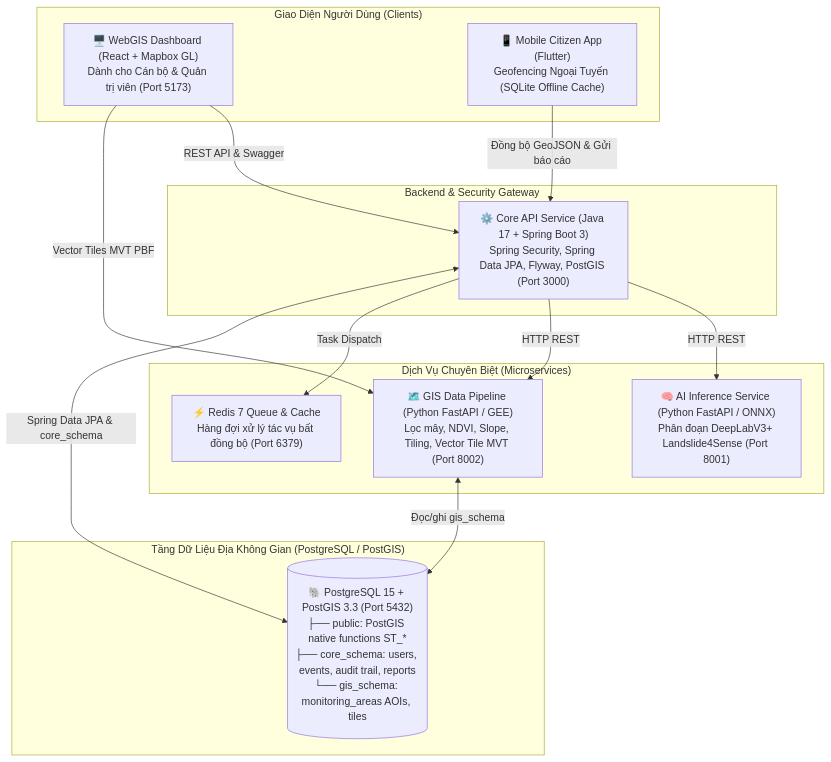
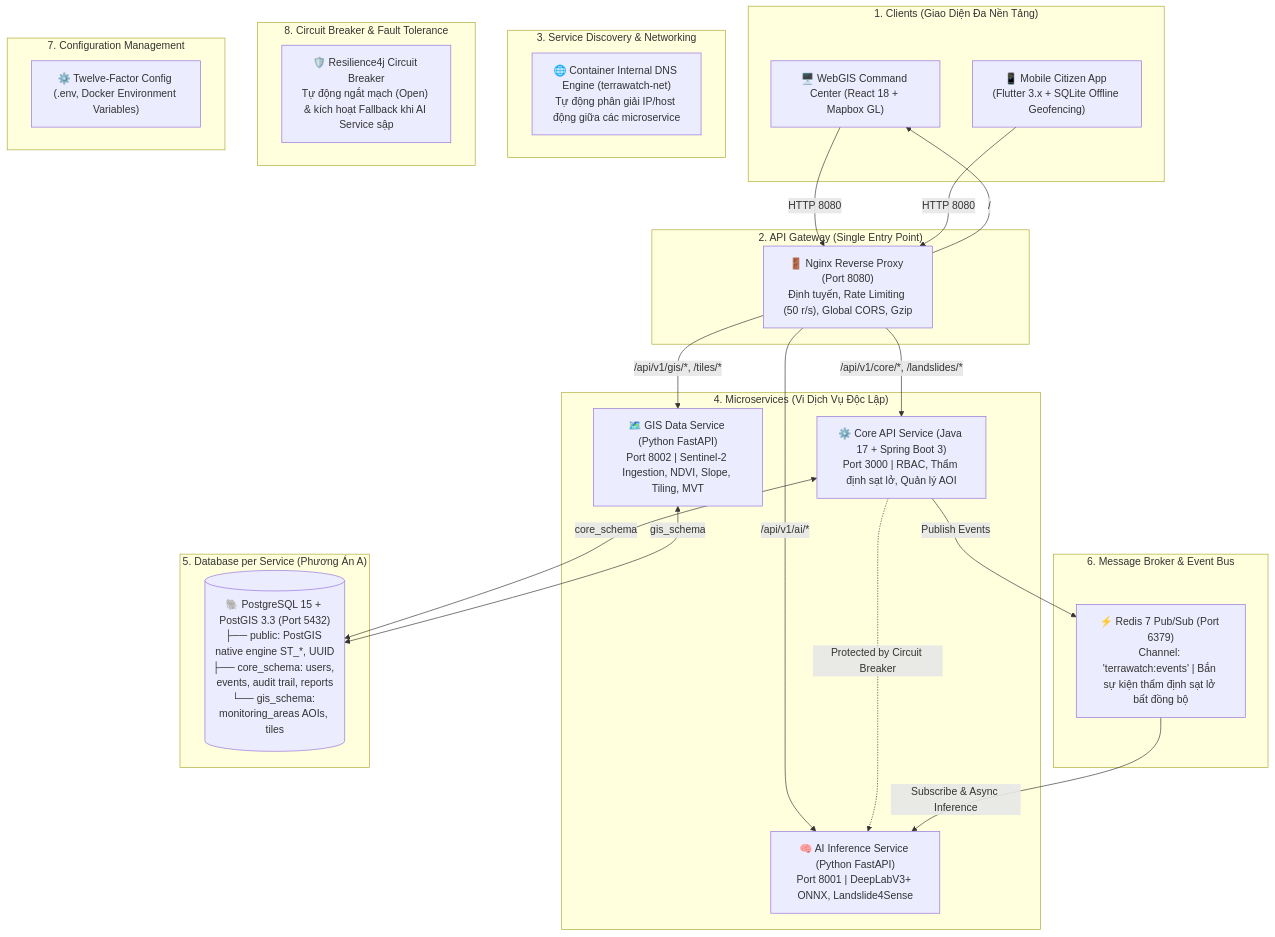
One commit to Duan0603/TerraWatch changed the diagram in README.md. Above: the diagram before and after it, drawn with Mermaid. The commit also changed other lines of this file and 18 other files, not shown here.

Commit message:
feat(microservices): complete enterprise microservices suite with API Gateway, Resilience4j Circuit Breaker, and Redis Event Bus

````diff
--- a/README.md
+++ b/README.md
@@ -43,31 +44,52 @@
 ```mermaid
 graph TD
-    subgraph Clients ["Giao Diện Người Dùng (Clients)"]
-        WebGIS["🖥️ WebGIS Dashboard (React + Mapbox GL)<br/>Dành cho Cán bộ & Quản trị viên (Port 5173)"]
-        MobileApp["📱 Mobile Citizen App (Flutter)<br/>Geofencing Ngoại Tuyến (SQLite Offline Cache)"]
+    subgraph Clients ["1. Clients (Giao Diện Đa Nền Tảng)"]
+        WebGIS["🖥️ WebGIS Command Center (React 18 + Mapbox GL)"]
+        MobileApp["📱 Mobile Citizen App (Flutter 3.x + SQLite Offline Geofencing)"]
     end
 
-    subgraph CoreBackend ["Backend & Security Gateway"]
-        CoreAPI["⚙️ Core API Service (Java 17 + Spring Boot 3)<br/>Spring Security, Spring Data JPA, Flyway, PostGIS (Port 3000)"]
+    subgraph GatewayLayer ["2. API Gateway (Single Entry Point)"]
+        APIGateway["🚪 Nginx Reverse Proxy (Port 8080)<br/>Định tuyến, Rate Limiting (50 r/s), Global CORS, Gzip"]
     end
 
-    subgraph SpecializedServices ["Dịch Vụ Chuyên Biệt (Microservices)"]
-        AIService["🧠 AI Inference Service (Python FastAPI / ONNX)<br/>Phân đoạn DeepLabV3+ Landslide4Sense (Port 8001)"]
-        GISService["🗺️ GIS Data Pipeline (Python FastAPI / GEE)<br/>Lọc mây, NDVI, Slope, Tiling, Vector Tile MVT (Port 8002)"]
-        RedisQueue["⚡ Redis 7 Queue & Cache<br/>Hàng đợi xử lý tác vụ bất đồng bộ (Port 6379)"]
+    subgraph ServiceDiscovery ["3. Service Discovery & Networking"]
+        DockerDNS["🌐 Container Internal DNS Engine (terrawatch-net)<br/>Tự động phân giải IP/host động giữa các microservice"]
     end
 
-    subgraph SpatialData ["Tầng Dữ Liệu Địa Không Gian (PostgreSQL / PostGIS)"]
-        PostGIS[("🐘 PostgreSQL 15 + PostGIS 3.3 (Port 5432)<br/>├── public: PostGIS native functions ST_*<br/>├── core_schema: users, events, audit trail, reports<br/>└── gis_schema: monitoring_areas AOIs, tiles")]
+    subgraph Services ["4. Microservices (Vi Dịch Vụ Độc Lập)"]
+        CoreAPI["⚙️ Core API Service (Java 17 + Spring Boot 3)<br/>Port 3000 | RBAC, Thẩm định sạt lở, Quản lý AOI"]
+        AIService["🧠 AI Inference Service (Python FastAPI)<br/>Port 8001 | DeepLabV3+ ONNX, Landslide4Sense"]
+        GISService["🗺️ GIS Data Service (Python FastAPI)<br/>Port 8002 | Sentinel-2 Ingestion, NDVI, Slope, Tiling, MVT"]
     end
 
-    WebGIS -->|REST API & Swagger| CoreAPI
-    WebGIS -->|Vector Tiles MVT PBF| GISService
-    MobileApp -->|Đồng bộ GeoJSON & Gửi báo cáo| CoreAPI
+    subgraph Resilience ["8. Circuit Breaker & Fault Tolerance"]
+        CB["🛡️ Resilience4j Circuit Breaker<br/>Tự động ngắt mạch (Open) & kích hoạt Fallback khi AI Service sập"]
+    end
 
-    CoreAPI -->|HTTP REST| AIService
-    CoreAPI -->|HTTP REST| GISService
-    CoreAPI -->|Task Dispatch| RedisQueue
-    CoreAPI <-->|Spring Data JPA & core_schema| PostGIS
-    GISService <-->|Đọc/ghi gis_schema| PostGIS
+    subgraph EventBroker ["6. Message Broker & Event Bus"]
+        RedisBus["⚡ Redis 7 Pub/Sub (Port 6379)<br/>Channel: 'terrawatch:events' | Bắn sự kiện thẩm định sạt lở bất đồng bộ"]
+    end
+
+    subgraph DataLayer ["5. Database per Service (Phương Án A)"]
+        PostGIS[("🐘 PostgreSQL 15 + PostGIS 3.3 (Port 5432)<br/>├── public: PostGIS native engine ST_*, UUID<br/>├── core_schema: users, events, audit trail, reports<br/>└── gis_schema: monitoring_areas AOIs, tiles")]
+    end
+
+    subgraph ConfigLayer ["7. Configuration Management"]
+        ConfigEnv["⚙️ Twelve-Factor Config (.env, Docker Environment Variables)"]
+    end
+
+    WebGIS -->|HTTP 8080| APIGateway
+    MobileApp -->|HTTP 8080| APIGateway
+
+    APIGateway -->|/api/v1/core/*, /landslides/*| CoreAPI
+    APIGateway -->|/api/v1/ai/*| AIService
+    APIGateway -->|/api/v1/gis/*, /tiles/*| GISService
+    APIGateway -->|/| WebGIS
+
+    CoreAPI -.->|Protected by Circuit Breaker| AIService
+    CoreAPI -->|Publish Events| RedisBus
+    RedisBus -->|Subscribe & Async Inference| AIService
+
+    CoreAPI <-->|core_schema| PostGIS
+    GISService <-->|gis_schema| PostGIS
 ```
````
